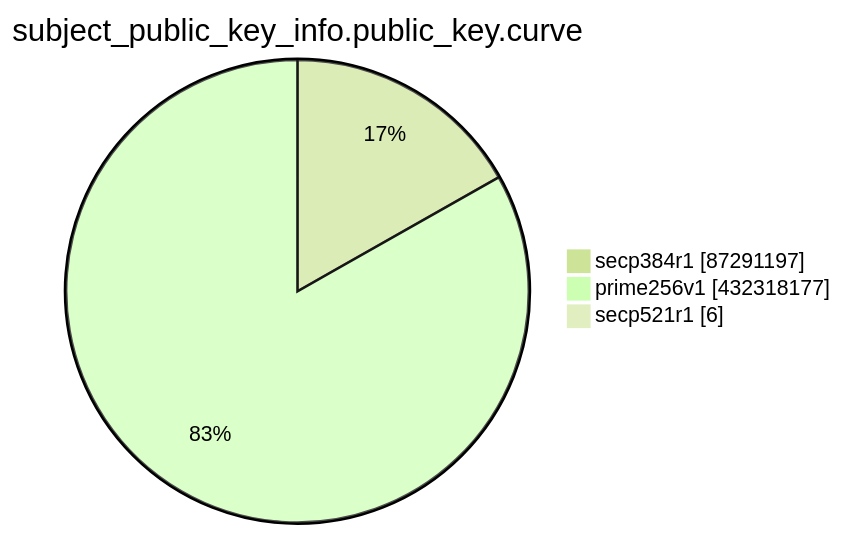
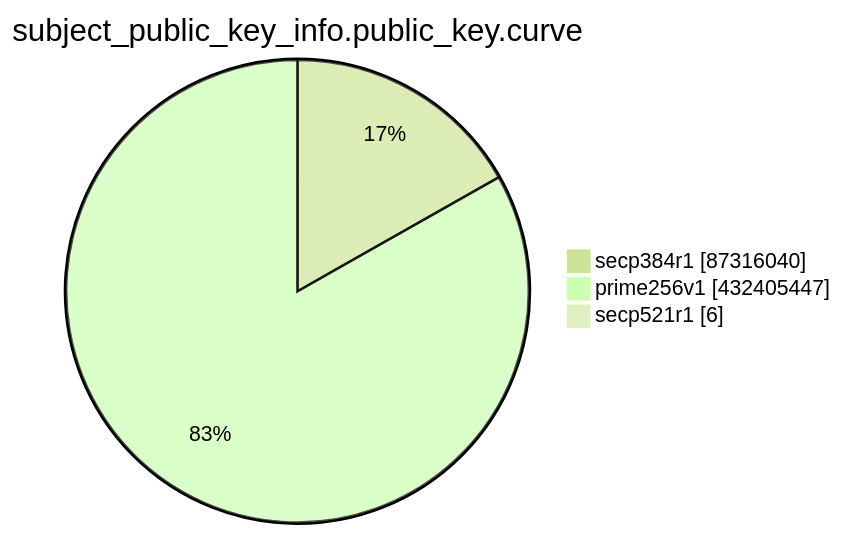
Before and after one commit to christiankrug/ctmonitor_visualization: the eighth of 15 diagrams in TOTAL/README.md, drawn with Mermaid (forest theme). The commit also changed other lines of this file, not shown here.

````diff
--- a/TOTAL/README.md
+++ b/TOTAL/README.md
@@ -3100,7 +3100,7 @@
 ```mermaid
 pie showData
 title subject_public_key_info.public_key.curve
-"secp384r1" :87291197
-"prime256v1" :432318177
+"secp384r1" :87316040
+"prime256v1" :432405447
 "secp521r1" :6
 ```
````
